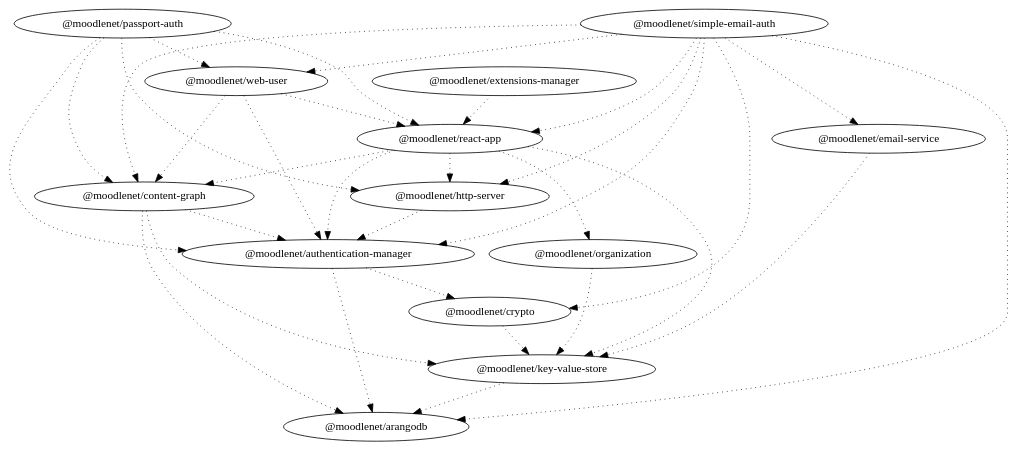
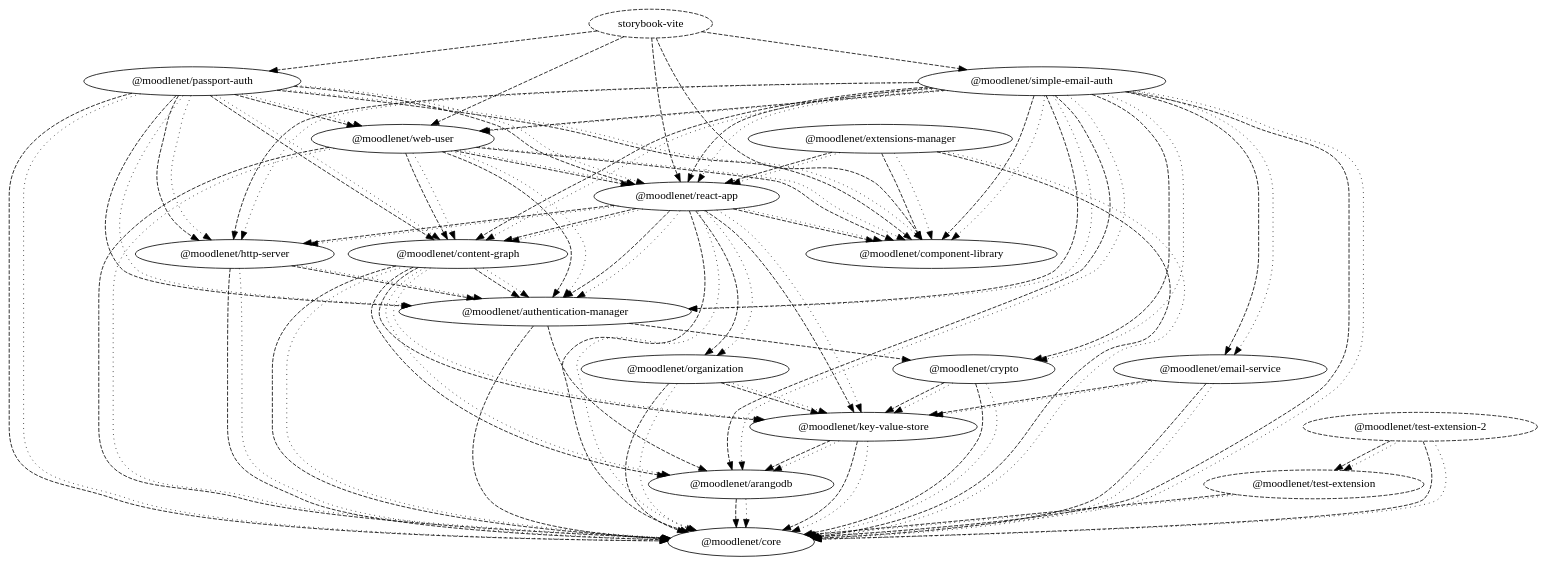
One commit to moodle/moodlenet changed the diagram in dependency-graph.dot. Above: the diagram before and after it, drawn with Graphviz. The commit also changed 15 other files, not shown here.

```diff
--- a/dependency-graph.dot
+++ b/dependency-graph.dot
@@ -1,47 +1,128 @@
 digraph G {
   "@moodlenet/arangodb";
+  "@moodlenet/core";
   "@moodlenet/authentication-manager";
   "@moodlenet/crypto";
+  "@moodlenet/component-library";
   "@moodlenet/content-graph";
   "@moodlenet/key-value-store";
   "@moodlenet/email-service";
   "@moodlenet/extensions-manager";
   "@moodlenet/react-app";
   "@moodlenet/http-server";
   "@moodlenet/organization";
   "@moodlenet/passport-auth";
   "@moodlenet/web-user";
   "@moodlenet/simple-email-auth";
-  "@moodlenet/authentication-manager" -> "@moodlenet/arangodb" [ style = "dotted" ];
-  "@moodlenet/authentication-manager" -> "@moodlenet/crypto" [ style = "dotted" ];
+  "storybook-vite" [ style = "dashed" ];
+  "@moodlenet/test-extension-2" [ style = "dashed" ];
+  "@moodlenet/test-extension" [ style = "dashed" ];
+  "@moodlenet/arangodb" -> "@moodlenet/core" [ style = "dashed" ];
+  "@moodlenet/arangodb" -> "@moodlenet/core" [ style = "dotted" ];
+  "@moodlenet/authentication-manager" -> "@moodlenet/arangodb" [ style = "dashed" ];
+  "@moodlenet/authentication-manager" -> "@moodlenet/core" [ style = "dashed" ];
+  "@moodlenet/authentication-manager" -> "@moodlenet/crypto" [ style = "dashed" ];
+  "@moodlenet/content-graph" -> "@moodlenet/arangodb" [ style = "dashed" ];
+  "@moodlenet/content-graph" -> "@moodlenet/authentication-manager" [ style = "dashed" ];
+  "@moodlenet/content-graph" -> "@moodlenet/core" [ style = "dashed" ];
+  "@moodlenet/content-graph" -> "@moodlenet/key-value-store" [ style = "dashed" ];
   "@moodlenet/content-graph" -> "@moodlenet/arangodb" [ style = "dotted" ];
   "@moodlenet/content-graph" -> "@moodlenet/authentication-manager" [ style = "dotted" ];
+  "@moodlenet/content-graph" -> "@moodlenet/core" [ style = "dotted" ];
   "@moodlenet/content-graph" -> "@moodlenet/key-value-store" [ style = "dotted" ];
+  "@moodlenet/crypto" -> "@moodlenet/core" [ style = "dashed" ];
+  "@moodlenet/crypto" -> "@moodlenet/key-value-store" [ style = "dashed" ];
+  "@moodlenet/crypto" -> "@moodlenet/core" [ style = "dotted" ];
   "@moodlenet/crypto" -> "@moodlenet/key-value-store" [ style = "dotted" ];
+  "@moodlenet/email-service" -> "@moodlenet/core" [ style = "dashed" ];
+  "@moodlenet/email-service" -> "@moodlenet/key-value-store" [ style = "dashed" ];
+  "@moodlenet/email-service" -> "@moodlenet/core" [ style = "dotted" ];
   "@moodlenet/email-service" -> "@moodlenet/key-value-store" [ style = "dotted" ];
+  "@moodlenet/extensions-manager" -> "@moodlenet/core" [ style = "dashed" ];
+  "@moodlenet/extensions-manager" -> "@moodlenet/react-app" [ style = "dashed" ];
+  "@moodlenet/extensions-manager" -> "@moodlenet/component-library" [ style = "dashed" ];
+  "@moodlenet/extensions-manager" -> "@moodlenet/core" [ style = "dotted" ];
   "@moodlenet/extensions-manager" -> "@moodlenet/react-app" [ style = "dotted" ];
+  "@moodlenet/extensions-manager" -> "@moodlenet/component-library" [ style = "dotted" ];
+  "@moodlenet/http-server" -> "@moodlenet/authentication-manager" [ style = "dashed" ];
+  "@moodlenet/http-server" -> "@moodlenet/core" [ style = "dashed" ];
   "@moodlenet/http-server" -> "@moodlenet/authentication-manager" [ style = "dotted" ];
+  "@moodlenet/http-server" -> "@moodlenet/core" [ style = "dotted" ];
+  "@moodlenet/key-value-store" -> "@moodlenet/arangodb" [ style = "dashed" ];
+  "@moodlenet/key-value-store" -> "@moodlenet/core" [ style = "dashed" ];
   "@moodlenet/key-value-store" -> "@moodlenet/arangodb" [ style = "dotted" ];
+  "@moodlenet/key-value-store" -> "@moodlenet/core" [ style = "dotted" ];
+  "@moodlenet/organization" -> "@moodlenet/core" [ style = "dashed" ];
+  "@moodlenet/organization" -> "@moodlenet/key-value-store" [ style = "dashed" ];
+  "@moodlenet/organization" -> "@moodlenet/core" [ style = "dotted" ];
   "@moodlenet/organization" -> "@moodlenet/key-value-store" [ style = "dotted" ];
+  "@moodlenet/passport-auth" -> "@moodlenet/component-library" [ style = "dashed" ];
+  "@moodlenet/passport-auth" -> "@moodlenet/authentication-manager" [ style = "dashed" ];
+  "@moodlenet/passport-auth" -> "@moodlenet/content-graph" [ style = "dashed" ];
+  "@moodlenet/passport-auth" -> "@moodlenet/core" [ style = "dashed" ];
+  "@moodlenet/passport-auth" -> "@moodlenet/http-server" [ style = "dashed" ];
+  "@moodlenet/passport-auth" -> "@moodlenet/react-app" [ style = "dashed" ];
+  "@moodlenet/passport-auth" -> "@moodlenet/web-user" [ style = "dashed" ];
+  "@moodlenet/passport-auth" -> "@moodlenet/component-library" [ style = "dotted" ];
   "@moodlenet/passport-auth" -> "@moodlenet/authentication-manager" [ style = "dotted" ];
   "@moodlenet/passport-auth" -> "@moodlenet/content-graph" [ style = "dotted" ];
+  "@moodlenet/passport-auth" -> "@moodlenet/core" [ style = "dotted" ];
   "@moodlenet/passport-auth" -> "@moodlenet/http-server" [ style = "dotted" ];
   "@moodlenet/passport-auth" -> "@moodlenet/react-app" [ style = "dotted" ];
   "@moodlenet/passport-auth" -> "@moodlenet/web-user" [ style = "dotted" ];
+  "@moodlenet/react-app" -> "@moodlenet/authentication-manager" [ style = "dashed" ];
+  "@moodlenet/react-app" -> "@moodlenet/component-library" [ style = "dashed" ];
+  "@moodlenet/react-app" -> "@moodlenet/content-graph" [ style = "dashed" ];
+  "@moodlenet/react-app" -> "@moodlenet/core" [ style = "dashed" ];
+  "@moodlenet/react-app" -> "@moodlenet/http-server" [ style = "dashed" ];
+  "@moodlenet/react-app" -> "@moodlenet/key-value-store" [ style = "dashed" ];
+  "@moodlenet/react-app" -> "@moodlenet/organization" [ style = "dashed" ];
   "@moodlenet/react-app" -> "@moodlenet/authentication-manager" [ style = "dotted" ];
+  "@moodlenet/react-app" -> "@moodlenet/component-library" [ style = "dotted" ];
   "@moodlenet/react-app" -> "@moodlenet/content-graph" [ style = "dotted" ];
+  "@moodlenet/react-app" -> "@moodlenet/core" [ style = "dotted" ];
   "@moodlenet/react-app" -> "@moodlenet/http-server" [ style = "dotted" ];
   "@moodlenet/react-app" -> "@moodlenet/key-value-store" [ style = "dotted" ];
   "@moodlenet/react-app" -> "@moodlenet/organization" [ style = "dotted" ];
+  "@moodlenet/simple-email-auth" -> "@moodlenet/component-library" [ style = "dashed" ];
+  "@moodlenet/simple-email-auth" -> "@moodlenet/arangodb" [ style = "dashed" ];
+  "@moodlenet/simple-email-auth" -> "@moodlenet/authentication-manager" [ style = "dashed" ];
+  "@moodlenet/simple-email-auth" -> "@moodlenet/content-graph" [ style = "dashed" ];
+  "@moodlenet/simple-email-auth" -> "@moodlenet/core" [ style = "dashed" ];
+  "@moodlenet/simple-email-auth" -> "@moodlenet/crypto" [ style = "dashed" ];
+  "@moodlenet/simple-email-auth" -> "@moodlenet/email-service" [ style = "dashed" ];
+  "@moodlenet/simple-email-auth" -> "@moodlenet/http-server" [ style = "dashed" ];
+  "@moodlenet/simple-email-auth" -> "@moodlenet/react-app" [ style = "dashed" ];
+  "@moodlenet/simple-email-auth" -> "@moodlenet/web-user" [ style = "dashed" ];
+  "@moodlenet/simple-email-auth" -> "@moodlenet/component-library" [ style = "dotted" ];
   "@moodlenet/simple-email-auth" -> "@moodlenet/arangodb" [ style = "dotted" ];
   "@moodlenet/simple-email-auth" -> "@moodlenet/authentication-manager" [ style = "dotted" ];
   "@moodlenet/simple-email-auth" -> "@moodlenet/content-graph" [ style = "dotted" ];
+  "@moodlenet/simple-email-auth" -> "@moodlenet/core" [ style = "dotted" ];
   "@moodlenet/simple-email-auth" -> "@moodlenet/crypto" [ style = "dotted" ];
   "@moodlenet/simple-email-auth" -> "@moodlenet/email-service" [ style = "dotted" ];
   "@moodlenet/simple-email-auth" -> "@moodlenet/http-server" [ style = "dotted" ];
   "@moodlenet/simple-email-auth" -> "@moodlenet/react-app" [ style = "dotted" ];
   "@moodlenet/simple-email-auth" -> "@moodlenet/web-user" [ style = "dotted" ];
+  "storybook-vite" -> "@moodlenet/component-library" [ style = "dashed" ];
+  "storybook-vite" -> "@moodlenet/simple-email-auth" [ style = "dashed" ];
+  "storybook-vite" -> "@moodlenet/passport-auth" [ style = "dashed" ];
+  "storybook-vite" -> "@moodlenet/react-app" [ style = "dashed" ];
+  "storybook-vite" -> "@moodlenet/web-user" [ style = "dashed" ];
+  "@moodlenet/test-extension-2" -> "@moodlenet/core" [ style = "dashed" ];
+  "@moodlenet/test-extension-2" -> "@moodlenet/test-extension" [ style = "dashed" ];
+  "@moodlenet/test-extension-2" -> "@moodlenet/core" [ style = "dotted" ];
+  "@moodlenet/test-extension-2" -> "@moodlenet/test-extension" [ style = "dotted" ];
+  "@moodlenet/test-extension" -> "@moodlenet/core" [ style = "dashed" ];
+  "@moodlenet/test-extension" -> "@moodlenet/core" [ style = "dotted" ];
+  "@moodlenet/web-user" -> "@moodlenet/authentication-manager" [ style = "dashed" ];
+  "@moodlenet/web-user" -> "@moodlenet/component-library" [ style = "dashed" ];
+  "@moodlenet/web-user" -> "@moodlenet/content-graph" [ style = "dashed" ];
+  "@moodlenet/web-user" -> "@moodlenet/core" [ style = "dashed" ];
+  "@moodlenet/web-user" -> "@moodlenet/react-app" [ style = "dashed" ];
   "@moodlenet/web-user" -> "@moodlenet/authentication-manager" [ style = "dotted" ];
+  "@moodlenet/web-user" -> "@moodlenet/component-library" [ style = "dotted" ];
   "@moodlenet/web-user" -> "@moodlenet/content-graph" [ style = "dotted" ];
+  "@moodlenet/web-user" -> "@moodlenet/core" [ style = "dotted" ];
   "@moodlenet/web-user" -> "@moodlenet/react-app" [ style = "dotted" ];
 }
```
